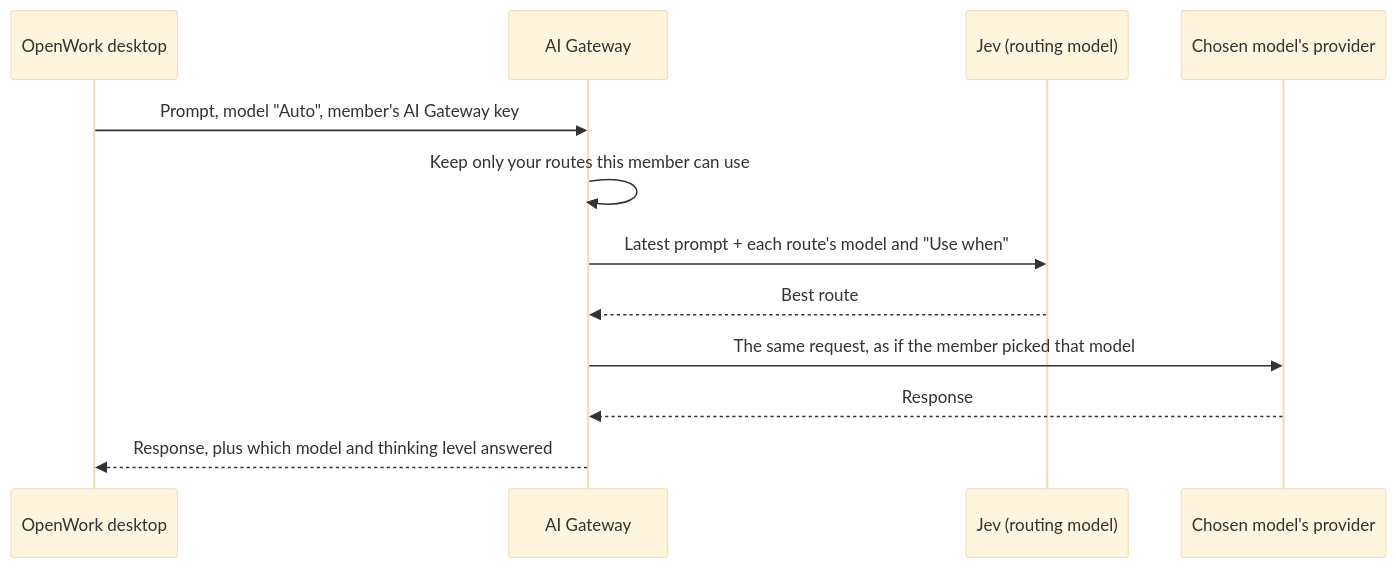
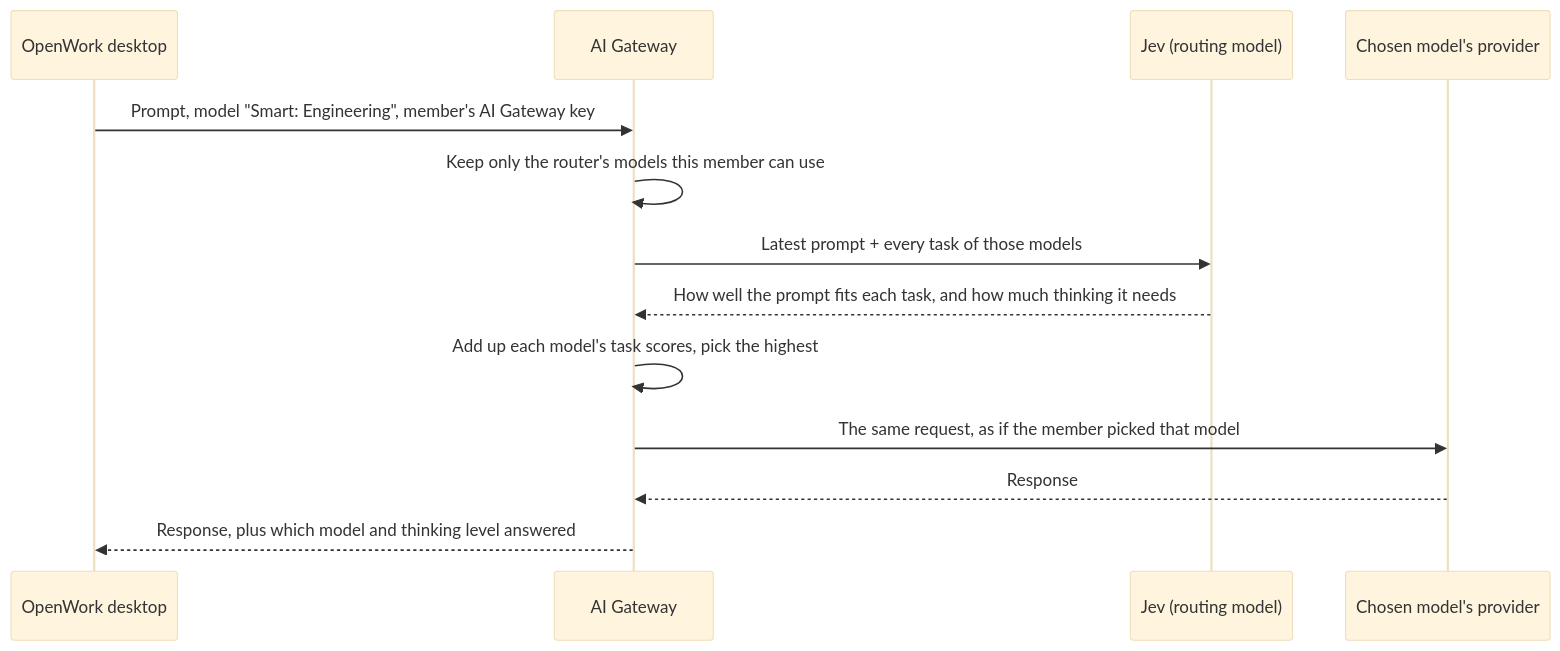
Before and after one commit to different-ai/openwork: the diagram in packages/docs/ai-gateway/auto-model-routing.mdx, drawn with Mermaid (base theme). The commit also changed other lines of this file and 77 other files, not shown here.

First line of the commit message:
feat(auto-router): Smart Model Router with routers per team and task scoring

````diff
--- a/packages/docs/ai-gateway/auto-model-routing.mdx
+++ b/packages/docs/ai-gateway/auto-model-routing.mdx
@@ -82,14 +65,15 @@
 ```mermaid
 sequenceDiagram
   participant App as OpenWork desktop
   participant GW as AI Gateway
   participant Jev as Jev (routing model)
   participant P as Chosen model's provider
-  App->>GW: Prompt, model "Auto", member's AI Gateway key
-  GW->>GW: Keep only your routes this member can use
-  GW->>Jev: Latest prompt + each route's model and "Use when"
-  Jev-->>GW: Best route
+  App->>GW: Prompt, model "Smart: Engineering", member's AI Gateway key
+  GW->>GW: Keep only the router's models this member can use
+  GW->>Jev: Latest prompt + every task of those models
+  Jev-->>GW: How well the prompt fits each task, and how much thinking it needs
+  GW->>GW: Add up each model's task scores, pick the highest
   GW->>P: The same request, as if the member picked that model
   P-->>GW: Response
   GW-->>App: Response, plus which model and thinking level answered
 ```
````
